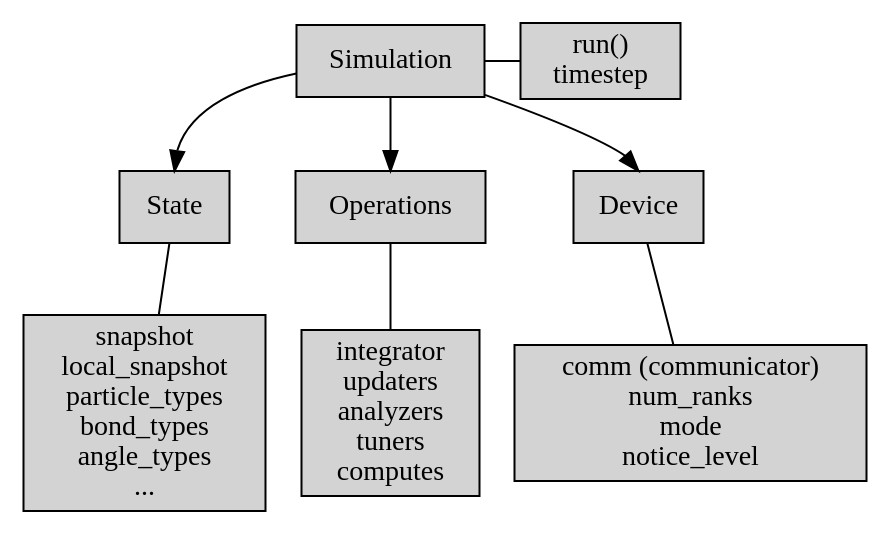
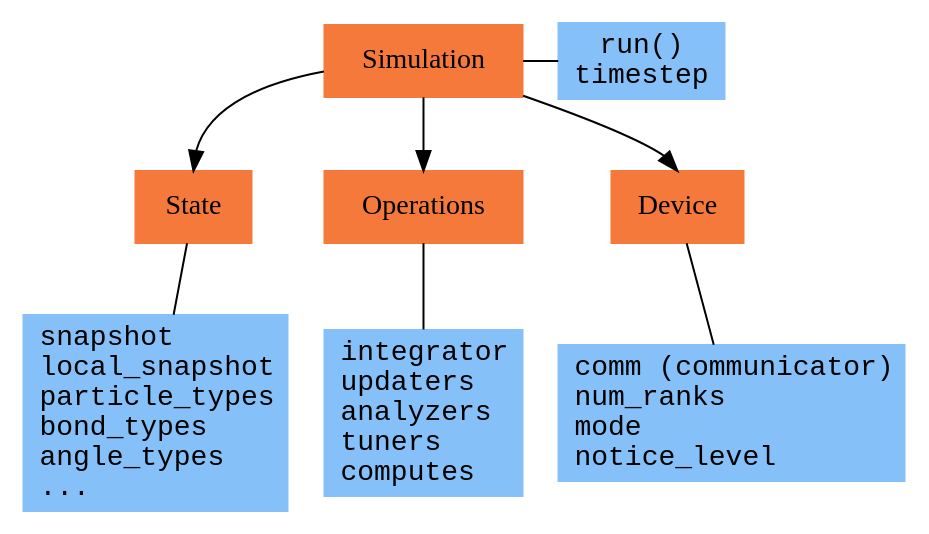
One commit to scipy-conference/scipy_proceedings changed the diagram in papers/brandon_butler/figures/object-diagram.dot. Above: the diagram before and after it, drawn with Graphviz. The commit also changed 1 other file, not shown here.

Commit message:
Updated core-object graph

```diff
--- a/papers/brandon_butler/figures/object-diagram.dot
+++ b/papers/brandon_butler/figures/object-diagram.dot
@@ -1,43 +1,45 @@
 digraph {
 	node [	file=white,
 		fontcolor=black,
 		shape=box,
-		style=filled
+		style=filled,
+		fontname="monospace",
+		color="#85c0f9"
 	];
 	
 	/* Base object */
-	Simulation;
-	State;
-	Operations;
-	Device;
+	Simulation [fontname="monospace bold", color="#f5793a"];
+	State [fontname="monospace bold", color="#f5793a"];
+	Operations [fontname="monospace bold", color="#f5793a"];
+	Device [fontname="monospace bold", color="#f5793a"];
 
 	Simulation -> State [headport=n];
 	Simulation -> Operations;
 	Simulation -> Device [headport=n];
 
 	/* Sub Simulation */
 	subsimulation [label="run()\ntimestep"];
 	{ rank=same; "Simulation"; "subsimulation"; }
 
 	Simulation -> subsimulation [arrowhead=none];
 
 	/* Sub State */
 	substate [
 		label=
-	"snapshot\nlocal_snapshot\nparticle_types\nbond_types\nangle_types\n..."
+	"snapshot\llocal_snapshot\lparticle_types\lbond_types\langle_types\l...\l"
 	];
 	
 	State -> substate [arrowhead=none];
 
 	/* Sub Operations */
 	suboperations [
-		label="integrator\nupdaters\nanalyzers\ntuners\ncomputes"];
+		label="integrator\lupdaters\lanalyzers\ltuners\lcomputes\l"];
 
 	Operations -> suboperations [arrowhead=none];
 
 	/* Sub Device */
 	subdevice [
-		label="comm (communicator)\nnum_ranks\nmode\nnotice_level"];
+		label="comm (communicator)\lnum_ranks\lmode\lnotice_level\l"];
 
 	Device -> subdevice [arrowhead=none];
 }
```
